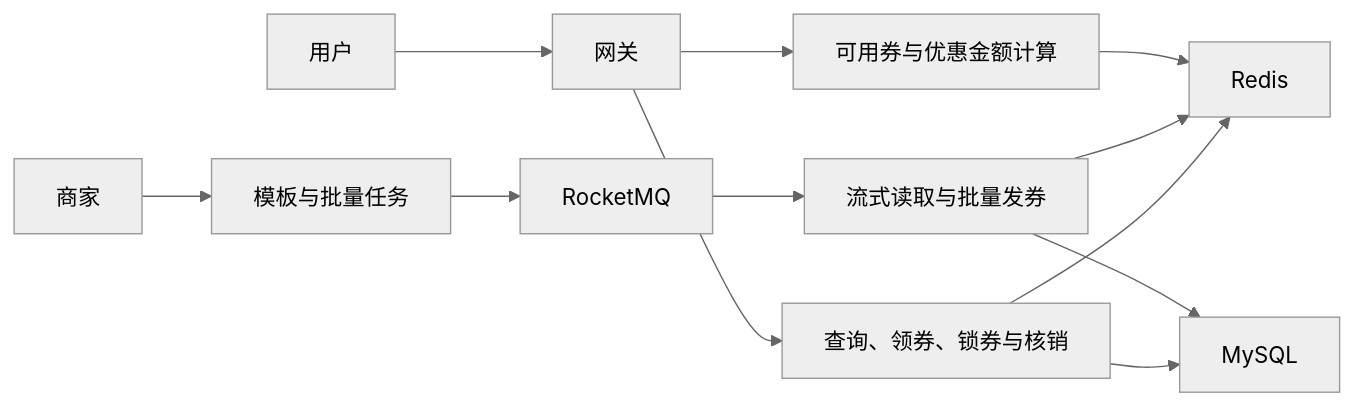
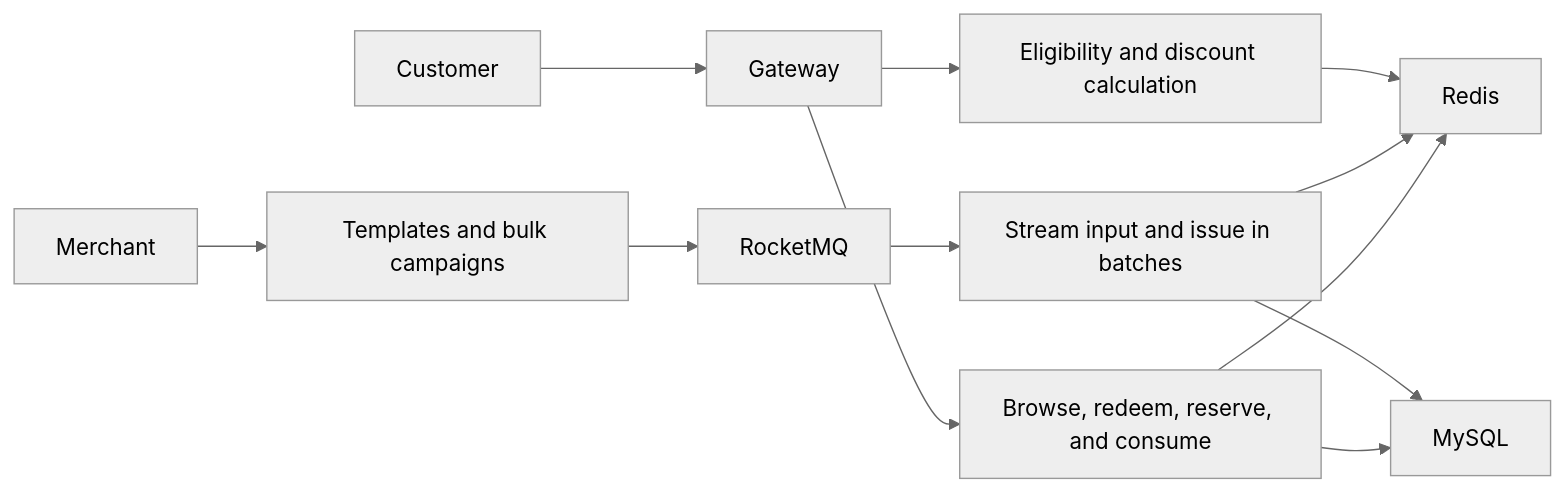
Before and after one commit to aimee-RH/distributed-coupon-system: the diagram in README.md, drawn with Mermaid (neutral theme). The commit also changed other lines of this file and 3 other files, not shown here.

````diff
--- a/README.md
+++ b/README.md
@@ -11,14 +11,14 @@
 ```mermaid
 flowchart LR
-  商家 --> 后管[模板与批量任务]
-  后管 --> MQ[RocketMQ]
-  MQ --> 分发[流式读取与批量发券]
-  用户 --> 网关
-  网关 --> 引擎[查询、领券、锁券与核销]
-  网关 --> 结算[可用券与优惠金额计算]
-  引擎 --> Redis
-  分发 --> Redis
-  引擎 --> MySQL
-  分发 --> MySQL
-  结算 --> Redis
+  Merchant --> Admin[Templates and bulk campaigns]
+  Admin --> MQ[RocketMQ]
+  MQ --> Distribution[Stream input and issue in batches]
+  Customer --> Gateway
+  Gateway --> Engine[Browse, redeem, reserve, and consume]
+  Gateway --> Checkout[Eligibility and discount calculation]
+  Engine --> Redis
+  Distribution --> Redis
+  Engine --> MySQL
+  Distribution --> MySQL
+  Checkout --> Redis
 ```
````
